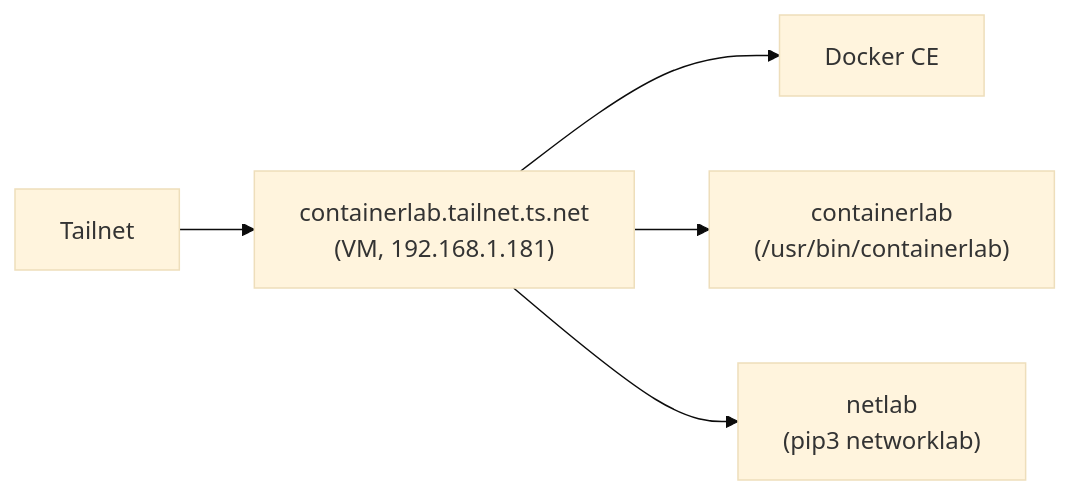
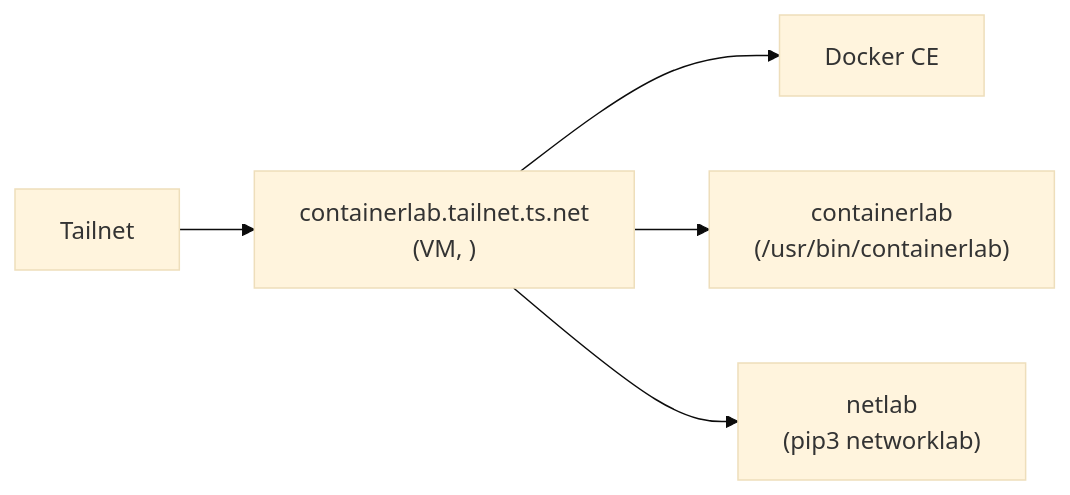
The diagram in docs/containerlab.md (hexabyte8/homelab), drawn with Mermaid (base theme) before and after one commit. The commit also changed other lines of this file and 22 other files, not shown here.

````diff
--- a/docs/containerlab.md
+++ b/docs/containerlab.md
@@ -7,7 +7,7 @@
 ```mermaid
 flowchart LR
-  tailnet["Tailnet"] --> vm["containerlab.tailnet.ts.net<br/>(VM, 192.168.1.181)"]
+  tailnet["Tailnet"] --> vm["containerlab.tailnet.ts.net<br/>(VM, <containerlab-lan-ip>)"]
   vm --> docker["Docker CE"]
   vm --> clab["containerlab<br/>(/usr/bin/containerlab)"]
   vm --> netlab["netlab<br/>(pip3 networklab)"]
 ```
````
